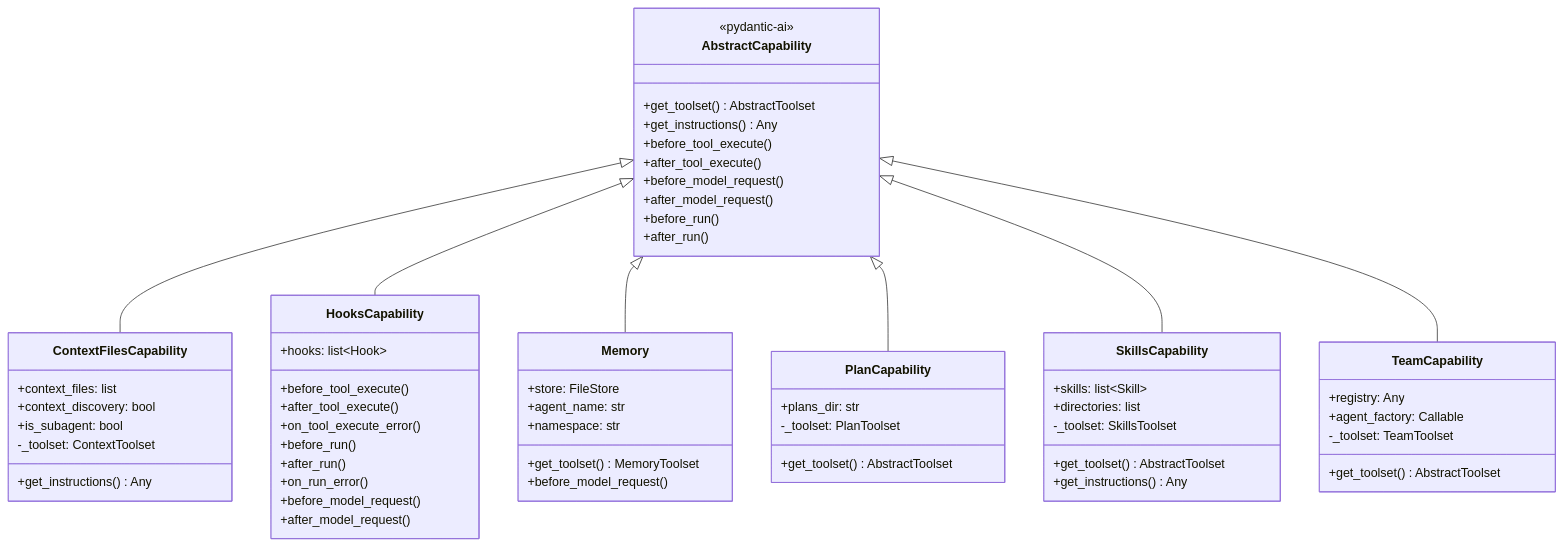
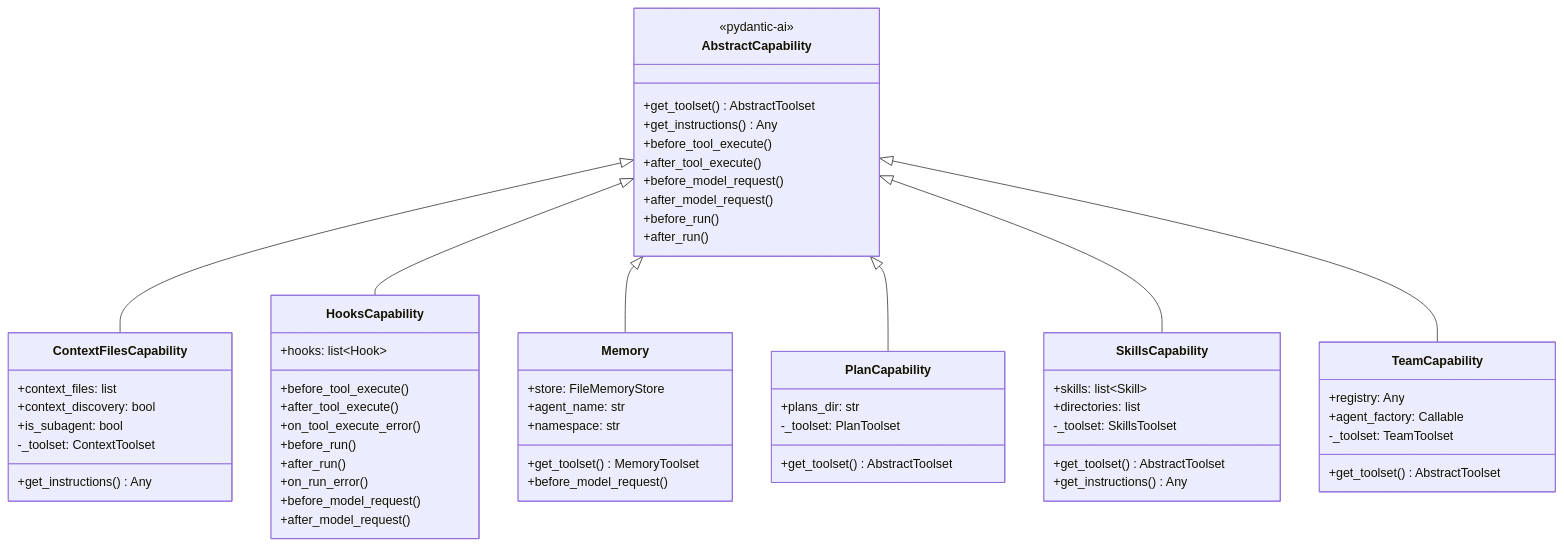
One commit to vstorm-co/pydantic-deepagents changed the second of 3 diagrams in docs/c4/4b-deep-dive-toolsets-and-capabilities.md. Above: the diagram before and after it, drawn with Mermaid. The commit also changed other lines of this file and 62 other files, not shown here.

````diff
--- a/docs/c4/4b-deep-dive-toolsets-and-capabilities.md
+++ b/docs/c4/4b-deep-dive-toolsets-and-capabilities.md
@@ -766,70 +766,70 @@
 ```mermaid
 classDiagram
     class AbstractCapability {
         <<pydantic-ai>>
         +get_toolset() AbstractToolset
         +get_instructions() Any
         +before_tool_execute()
         +after_tool_execute()
         +before_model_request()
         +after_model_request()
         +before_run()
         +after_run()
     }
 
     class ContextFilesCapability {
         +context_files: list
         +context_discovery: bool
         +is_subagent: bool
         -_toolset: ContextToolset
         +get_instructions() Any
     }
 
     class HooksCapability {
         +hooks: list~Hook~
         +before_tool_execute()
         +after_tool_execute()
         +on_tool_execute_error()
         +before_run()
         +after_run()
         +on_run_error()
         +before_model_request()
         +after_model_request()
     }
 
     class Memory {
-        +store: FileStore
+        +store: FileMemoryStore
         +agent_name: str
         +namespace: str
         +get_toolset() MemoryToolset
         +before_model_request()
     }
 
     class PlanCapability {
         +plans_dir: str
         -_toolset: PlanToolset
         +get_toolset() AbstractToolset
     }
 
     class SkillsCapability {
         +skills: list~Skill~
         +directories: list
         -_toolset: SkillsToolset
         +get_toolset() AbstractToolset
         +get_instructions() Any
     }
 
     class TeamCapability {
         +registry: Any
         +agent_factory: Callable
         -_toolset: TeamToolset
         +get_toolset() AbstractToolset
     }
 
     AbstractCapability <|-- ContextFilesCapability
     AbstractCapability <|-- HooksCapability
     AbstractCapability <|-- Memory
     AbstractCapability <|-- PlanCapability
     AbstractCapability <|-- SkillsCapability
     AbstractCapability <|-- TeamCapability
 ```
````
